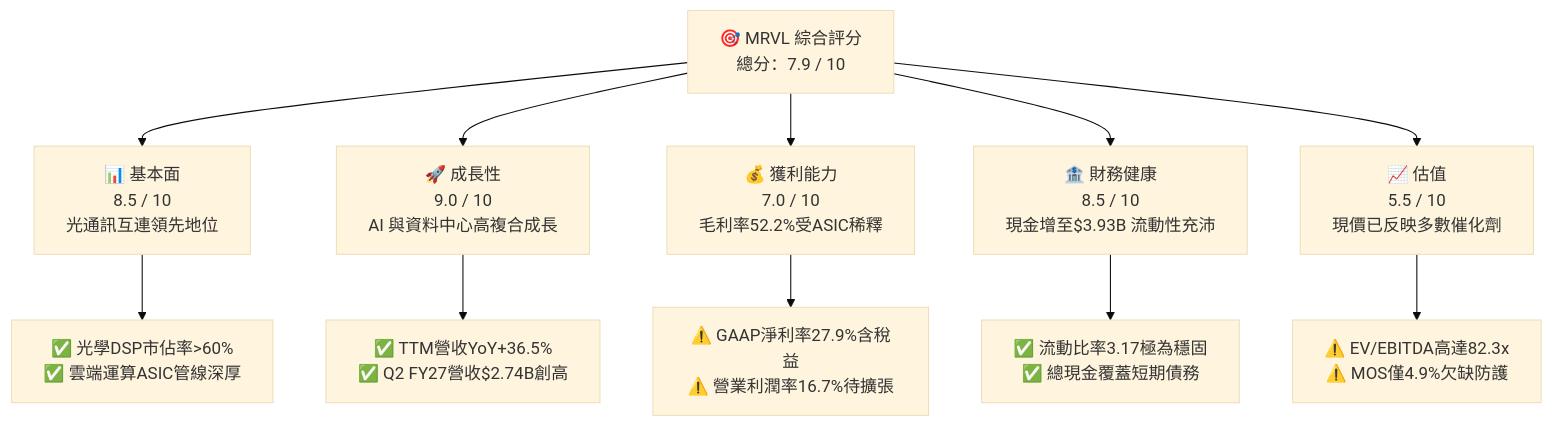
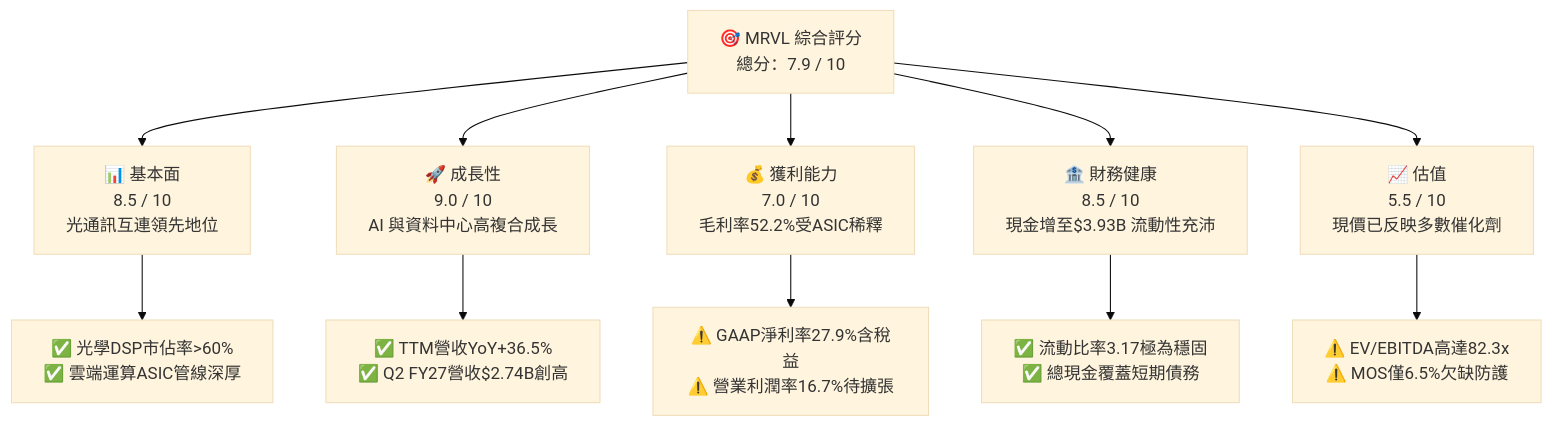
Before and after one commit to yennanliu/finance_data: the first of 15 diagrams in ai_gen_report/fundamental/mrvl/fundamental_analysis_2026-10-13_gemini.md, drawn with Mermaid (base theme). The commit also changed other lines of this file and 339 other files, not shown here.

````diff
--- a/ai_gen_report/fundamental/mrvl/fundamental_analysis_2026-10-13_gemini.md
+++ b/ai_gen_report/fundamental/mrvl/fundamental_analysis_2026-10-13_gemini.md
@@ -58,22 +65,22 @@
 ```mermaid
 graph TD
     TICKER["🎯 MRVL 綜合評分<br/>總分：7.9 / 10"]
 
     F["📊 基本面<br/>8.5 / 10<br/>光通訊互連領先地位"]
     G["🚀 成長性<br/>9.0 / 10<br/>AI 與資料中心高複合成長"]
     P["💰 獲利能力<br/>7.0 / 10<br/>毛利率52.2%受ASIC稀釋"]
     B["🏦 財務健康<br/>8.5 / 10<br/>現金增至$3.93B 流動性充沛"]
     V["📈 估值<br/>5.5 / 10<br/>現價已反映多數催化劑"]
 
     TICKER --> F
     TICKER --> G
     TICKER --> P
     TICKER --> B
     TICKER --> V
 
     F --> F1["✅ 光學DSP市佔率>60%<br/>✅ 雲端運算ASIC管線深厚"]
     G --> G1["✅ TTM營收YoY+36.5%<br/>✅ Q2 FY27營收$2.74B創高"]
     P --> P1["⚠️ GAAP淨利率27.9%含稅益<br/>⚠️ 營業利潤率16.7%待擴張"]
     B --> B1["✅ 流動比率3.17極為穩固<br/>✅ 總現金覆蓋短期債務"]
-    V --> V1["⚠️ EV/EBITDA高達82.3x<br/>⚠️ MOS僅4.9%欠缺防護"]
+    V --> V1["⚠️ EV/EBITDA高達82.3x<br/>⚠️ MOS僅6.5%欠缺防護"]
 ```
````
